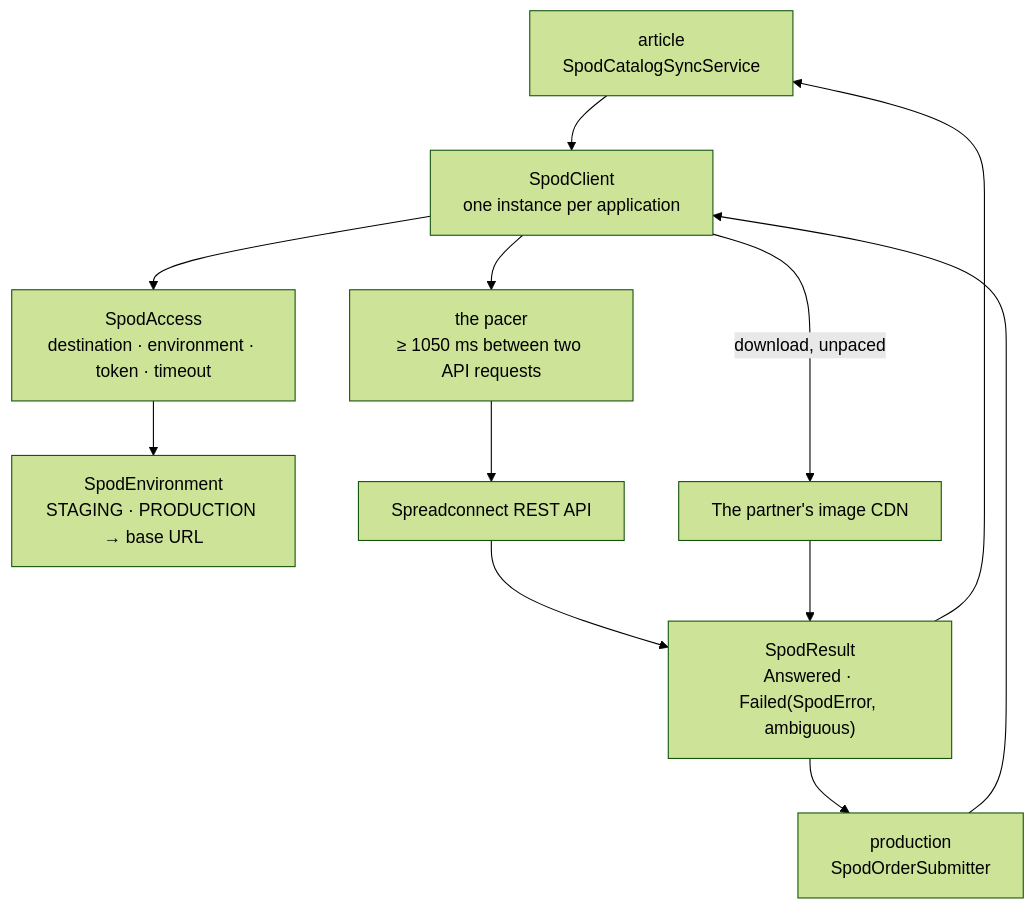
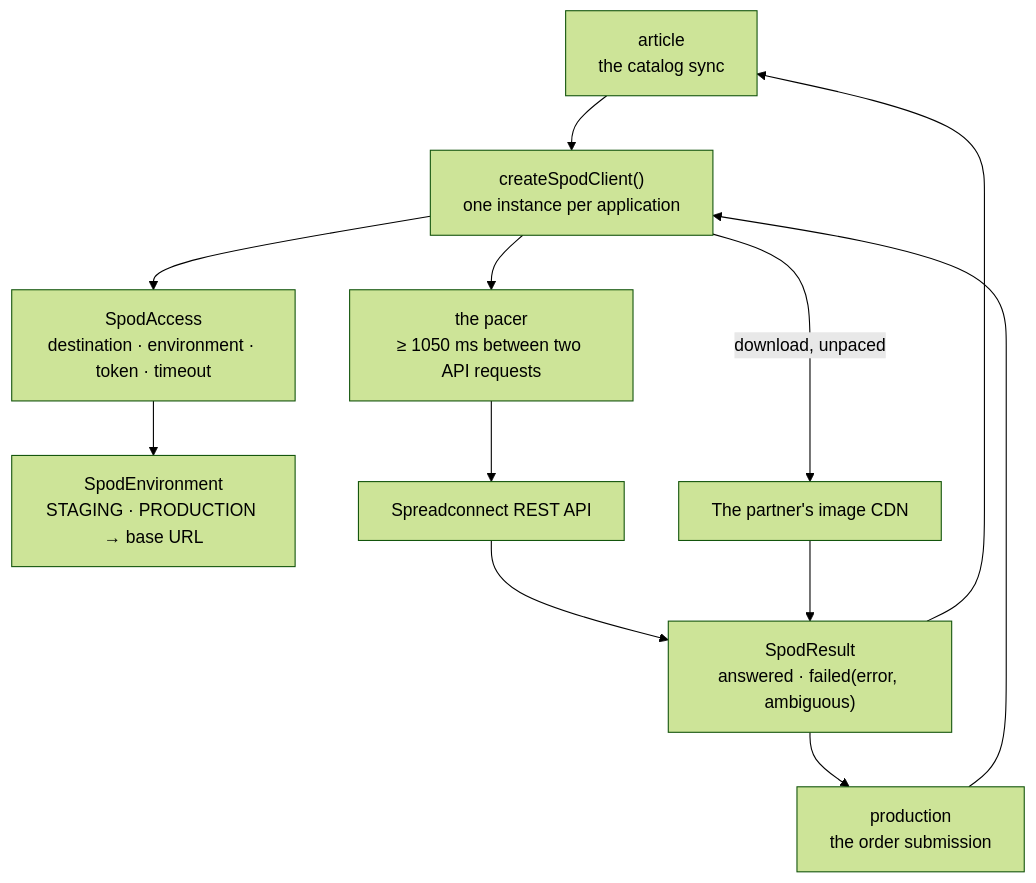
Before and after one commit to bitstorm-tech/voenix-shop-kotlin: the diagram in docs/dev/backend/packages/spod-package.md, drawn with Mermaid (forest theme). The commit also changed other lines of this file and 1061 other files, not shown here.

````diff
--- a/docs/dev/backend/packages/spod-package.md
+++ b/docs/dev/backend/packages/spod-package.md
@@ -35,24 +37,24 @@
 ```mermaid
 flowchart TB
-    Article["article<br/>SpodCatalogSyncService"]
-    Production["production<br/>SpodOrderSubmitter"]
-    Client["SpodClient<br/>one instance per application"]
+    Article["article<br/>the catalog sync"]
+    Production["production<br/>the order submission"]
+    Client["createSpodClient()<br/>one instance per application"]
     Pacer["the pacer<br/>≥ 1050 ms between two API requests"]
     Access["SpodAccess<br/>destination · environment · token · timeout"]
     Environment["SpodEnvironment<br/>STAGING · PRODUCTION → base URL"]
     Api["Spreadconnect REST API"]
     Cdn["The partner's image CDN"]
-    Result["SpodResult<br/>Answered · Failed(SpodError, ambiguous)"]
+    Result["SpodResult<br/>answered · failed(error, ambiguous)"]
 
     Article --> Client
     Production --> Client
     Client --> Pacer
     Client --> Access
     Access --> Environment
     Pacer --> Api
     Client -->|download, unpaced| Cdn
     Api --> Result
     Cdn --> Result
     Result --> Article
     Result --> Production
 ```
````
